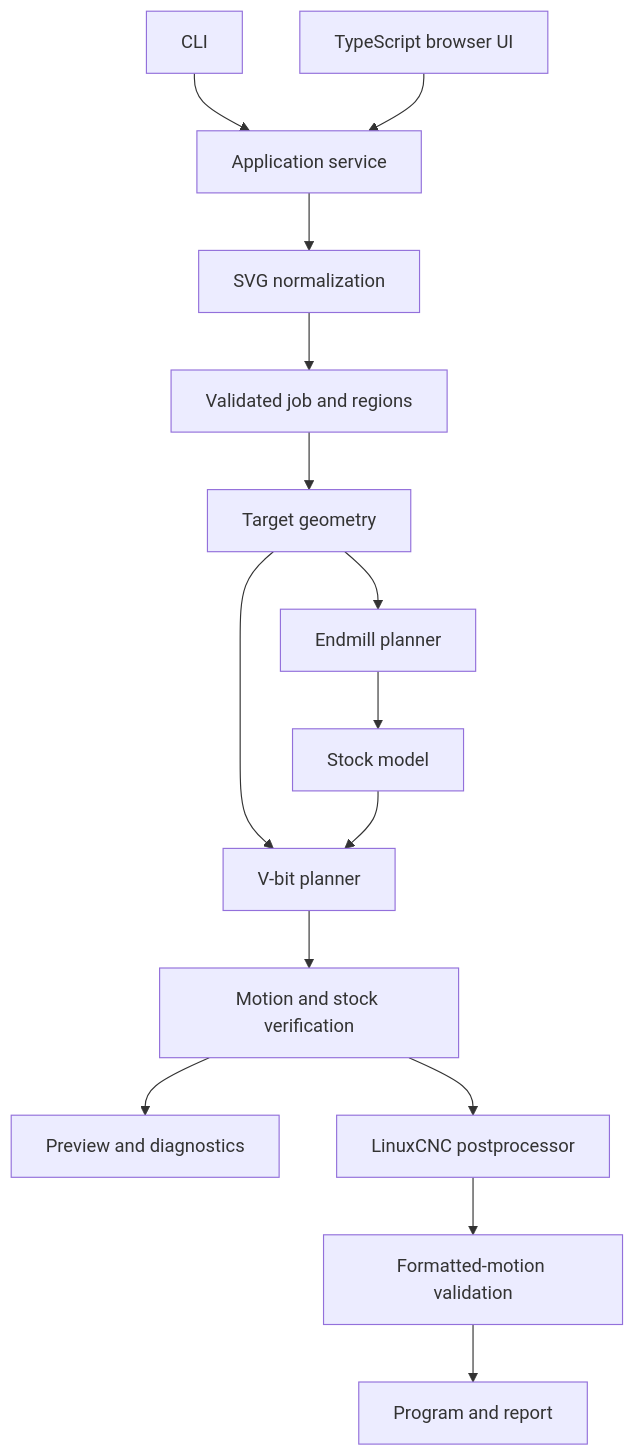
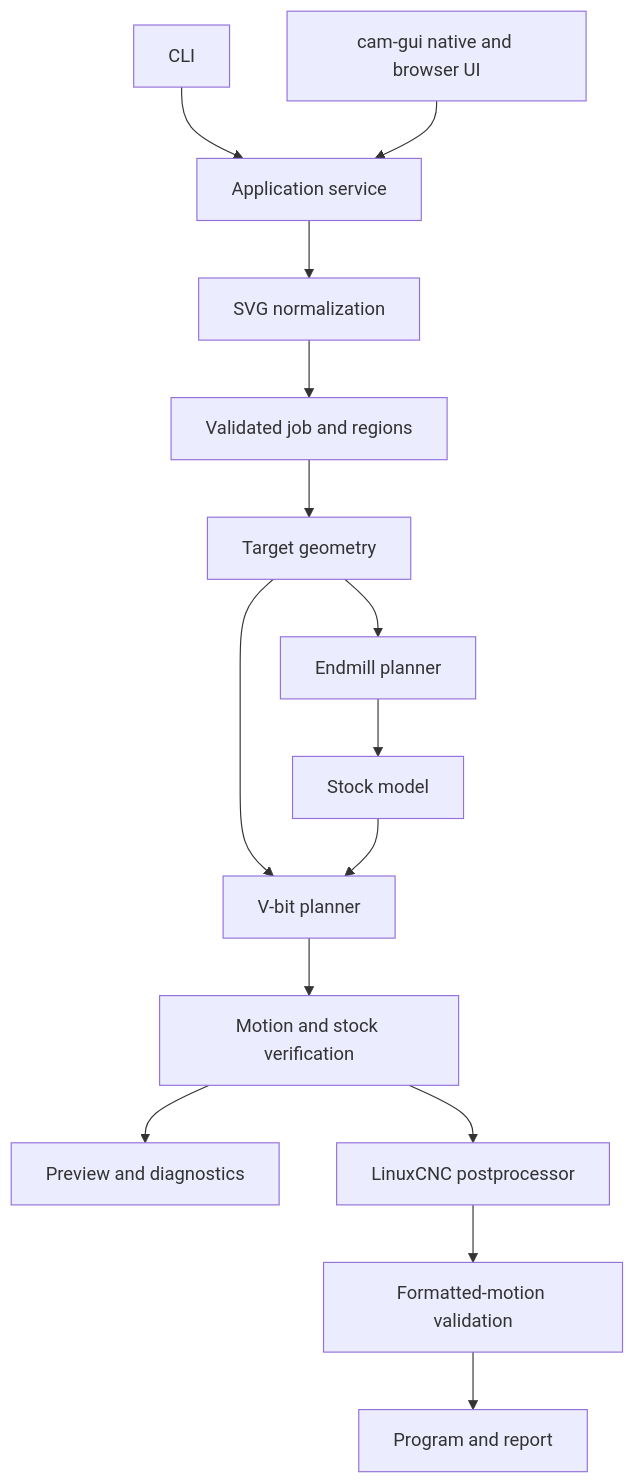
Before and after one commit to hudbrog/vcarve_cam: the diagram in docs/flat-v-carve/architecture.md, drawn with Mermaid. The commit also changed other lines of this file and 136 other files, not shown here.

````diff
--- a/docs/flat-v-carve/architecture.md
+++ b/docs/flat-v-carve/architecture.md
@@ -63,17 +63,17 @@
 ```mermaid
 flowchart TD
     CLI[CLI] --> APP[Application service]
-    WEB[TypeScript browser UI] --> APP
+    GUI[cam-gui native and browser UI] --> APP
     APP --> IMPORT[SVG normalization]
     IMPORT --> JOB[Validated job and regions]
     JOB --> TARGET[Target geometry]
     TARGET --> MILL[Endmill planner]
     MILL --> STOCK[Stock model]
     TARGET --> VBIT[V-bit planner]
     STOCK --> VBIT
     VBIT --> VERIFY[Motion and stock verification]
     VERIFY --> PREVIEW[Preview and diagnostics]
     VERIFY --> POST[LinuxCNC postprocessor]
     POST --> CHECK[Formatted-motion validation]
     CHECK --> OUTPUT[Program and report]
 ```
````
